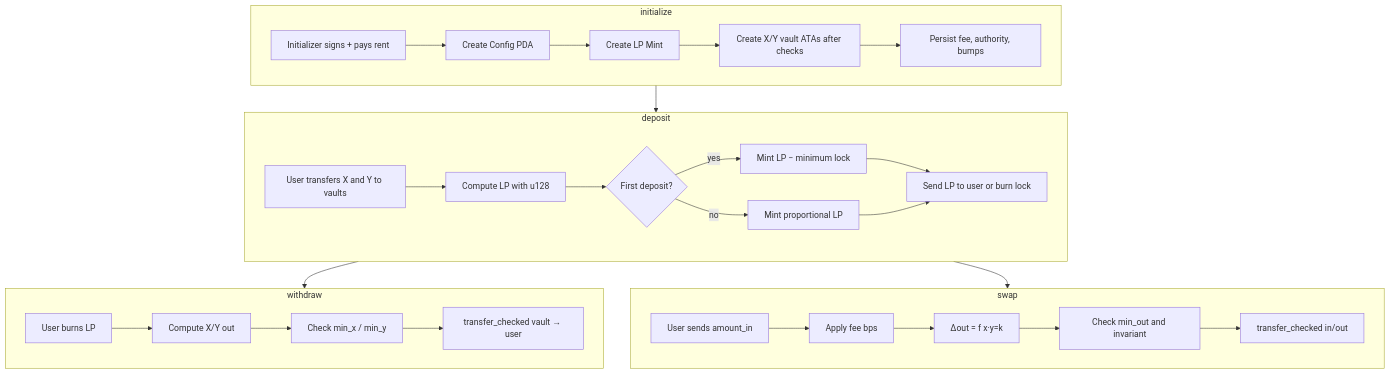
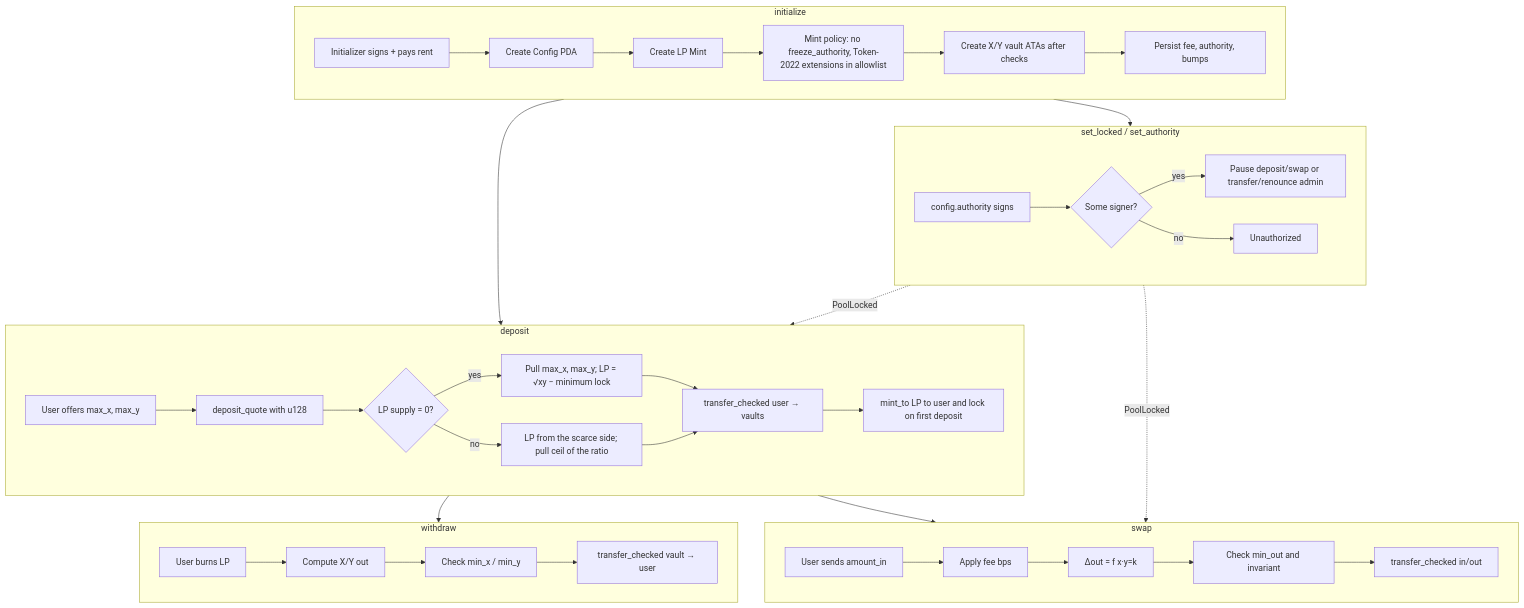
The second of 2 diagrams in doc/diagrama-flujo-EN.md (rastrahm/solana-amm-anchor), drawn with Mermaid before and after one commit. The commit also changed other lines of this file and 29 other files, not shown here.

````diff
--- a/doc/diagrama-flujo-EN.md
+++ b/doc/diagrama-flujo-EN.md
@@ -56,35 +56,46 @@
 ```mermaid
 flowchart TB
     subgraph Init["initialize"]
         I1[Initializer signs + pays rent] --> I2[Create Config PDA]
         I2 --> I3[Create LP Mint]
-        I3 --> I4[Create X/Y vault ATAs after checks]
+        I3 --> IP[Mint policy: no freeze_authority, Token-2022 extensions in allowlist]
+        IP --> I4[Create X/Y vault ATAs after checks]
         I4 --> I5[Persist fee, authority, bumps]
     end
 
     subgraph Dep["deposit"]
-        D1[User transfers X and Y to vaults] --> D2[Compute LP with u128]
-        D2 --> D3{First deposit?}
-        D3 -->|yes| D4[Mint LP − minimum lock]
-        D3 -->|no| D5[Mint proportional LP]
-        D4 --> D6[Send LP to user or burn lock]
-        D5 --> D6
+        D0[User offers max_x, max_y] --> D2[deposit_quote with u128]
+        D2 --> D3{LP supply = 0?}
+        D3 -->|yes| D4[Pull max_x, max_y; LP = √xy − minimum lock]
+        D3 -->|no| D5[LP from the scarce side; pull ceil of the ratio]
+        D4 --> D1[transfer_checked user → vaults]
+        D5 --> D1
+        D1 --> D6[mint_to LP to user and lock on first deposit]
     end
 
     subgraph Wdr["withdraw"]
         W1[User burns LP] --> W2[Compute X/Y out]
         W2 --> W3[Check min_x / min_y]
         W3 --> W4[transfer_checked vault → user]
     end
 
     subgraph Swp["swap"]
         S1[User sends amount_in] --> S2[Apply fee bps]
         S2 --> S3[Δout = f x·y=k]
         S3 --> S4[Check min_out and invariant]
         S4 --> S5[transfer_checked in/out]
     end
 
+    subgraph Adm["set_locked / set_authority"]
+        A1[config.authority signs] --> A2{Some signer?}
+        A2 -->|yes| A3[Pause deposit/swap or transfer/renounce admin]
+        A2 -->|no| A4[Unauthorized]
+    end
+
     Init --> Dep
     Dep --> Wdr
     Dep --> Swp
+    Init --> Adm
+    Adm -.->|PoolLocked| Dep
+    Adm -.->|PoolLocked| Swp
 ```
````
